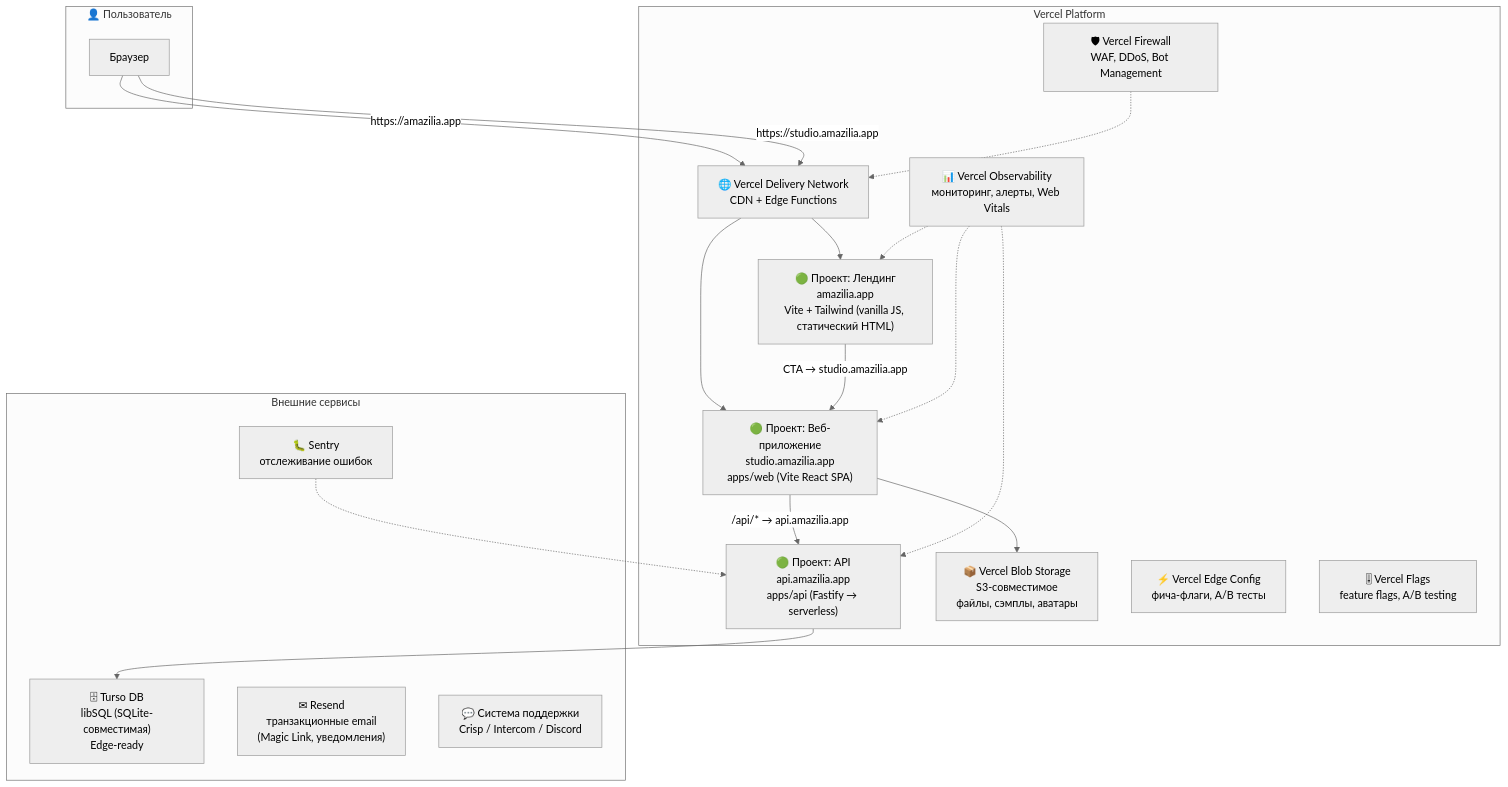
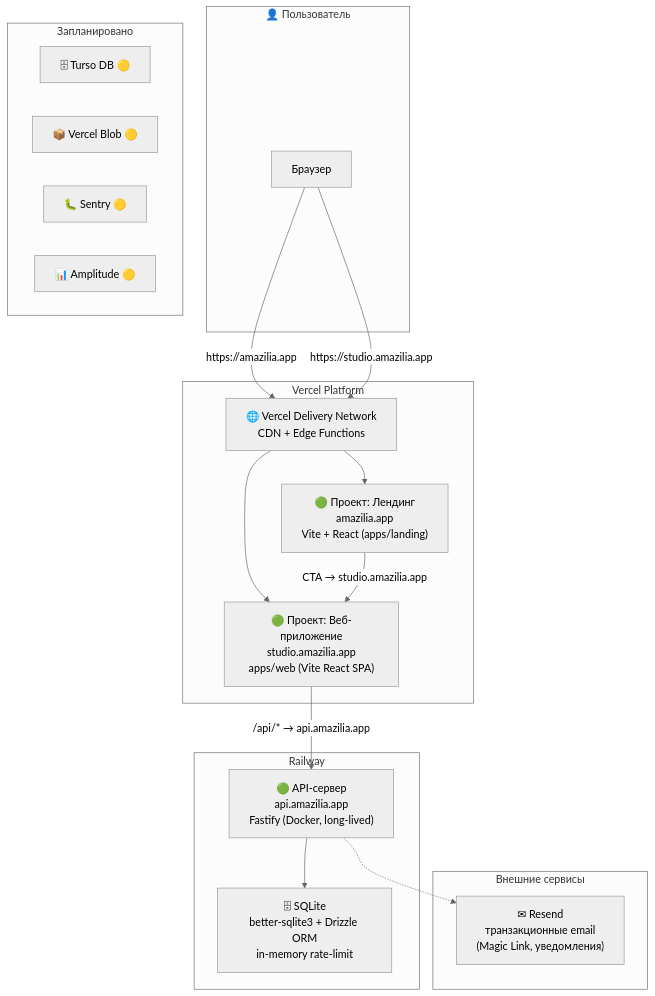
Before and after one commit to vadagama/jazz-trainer: the first of 2 diagrams in docs/DEPLOYMENT.md, drawn with Mermaid (neutral theme). The commit also changed other lines of this file and 27 other files, not shown here.

````diff
--- a/docs/DEPLOYMENT.md
+++ b/docs/DEPLOYMENT.md
@@ -7,39 +7,37 @@
 ```mermaid
 graph TD
     subgraph user["👤 Пользователь"]
         U["Браузер"]
     end
 
     subgraph vercel["Vercel Platform"]
-        VERCEL_LANDING["🟢 Проект: Лендинг<br/>amazilia.app<br/>Vite + Tailwind (vanilla JS, статический HTML)"]
+        VERCEL_LANDING["🟢 Проект: Лендинг<br/>amazilia.app<br/>Vite + React (apps/landing)"]
         VERCEL_STUDIO["🟢 Проект: Веб-приложение<br/>studio.amazilia.app<br/>apps/web (Vite React SPA)"]
-        VERCEL_API["🟢 Проект: API<br/>api.amazilia.app<br/>apps/api (Fastify → serverless)"]
-        VERCEL_BLOB["📦 Vercel Blob Storage<br/>S3-совместимое<br/>файлы, сэмплы, аватары"]
-        VERCEL_EDGE["⚡ Vercel Edge Config<br/>фича-флаги, A/B тесты"]
         VERCEL_CDN["🌐 Vercel Delivery Network<br/>CDN + Edge Functions"]
-        VERCEL_FW["🛡 Vercel Firewall<br/>WAF, DDoS, Bot Management"]
-        VERCEL_OBS["📊 Vercel Observability<br/>мониторинг, алерты, Web Vitals"]
-        VERCEL_FLAGS["🎚 Vercel Flags<br/>feature flags, A/B testing"]
+    end
+
+    subgraph railway["Railway"]
+        RAILWAY_API["🟢 API-сервер<br/>api.amazilia.app<br/>Fastify (Docker, long-lived)"]
+        SQLITE["🗄 SQLite<br/>better-sqlite3 + Drizzle ORM<br/>in-memory rate-limit"]
     end
 
     subgraph external["Внешние сервисы"]
-        TURSO["🗄 Turso DB<br/>libSQL (SQLite-совместимая)<br/>Edge-ready"]
         RESEND["✉ Resend<br/>транзакционные email<br/>(Magic Link, уведомления)"]
-        SENTRY["🐛 Sentry<br/>отслеживание ошибок"]
-        SUPPORT["💬 Система поддержки<br/>Crisp / Intercom / Discord"]
+    end
+
+    subgraph planned["Запланировано"]
+        TURSO["🗄 Turso DB 🟡"]
+        BLOB["📦 Vercel Blob 🟡"]
+        SENTRY["🐛 Sentry 🟡"]
+        AMPLITUDE["📊 Amplitude 🟡"]
     end
 
     U -->|"https://amazilia.app"| VERCEL_CDN
     VERCEL_CDN --> VERCEL_LANDING
     U -->|"https://studio.amazilia.app"| VERCEL_CDN
     VERCEL_CDN --> VERCEL_STUDIO
-    VERCEL_STUDIO -->|"/api/* → api.amazilia.app"| VERCEL_API
-    VERCEL_API --> TURSO
-    VERCEL_STUDIO --> VERCEL_BLOB
+    VERCEL_STUDIO -->|"/api/* → api.amazilia.app"| RAILWAY_API
+    RAILWAY_API --> SQLITE
     VERCEL_LANDING -->|"CTA → studio.amazilia.app"| VERCEL_STUDIO
-    VERCEL_OBS -.-> VERCEL_STUDIO
-    VERCEL_OBS -.-> VERCEL_LANDING
-    VERCEL_OBS -.-> VERCEL_API
-    VERCEL_FW -.-> VERCEL_CDN
-    SENTRY -.-> VERCEL_API
+    RAILWAY_API -.-> RESEND
 ```
````
